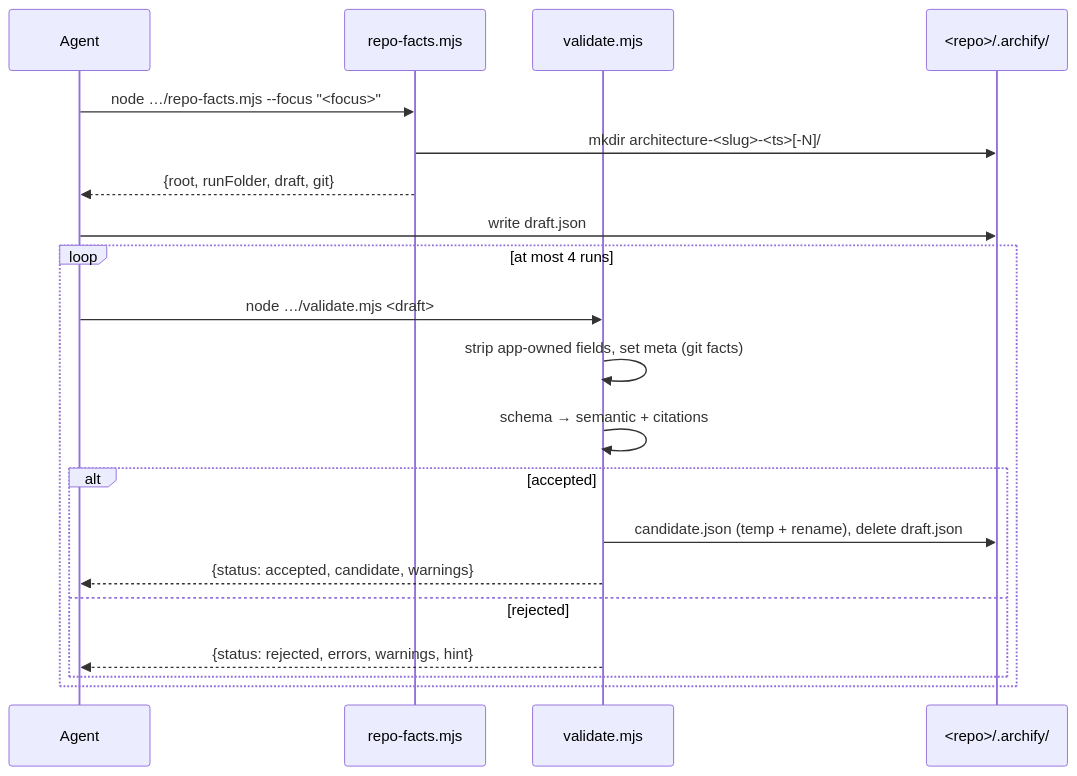
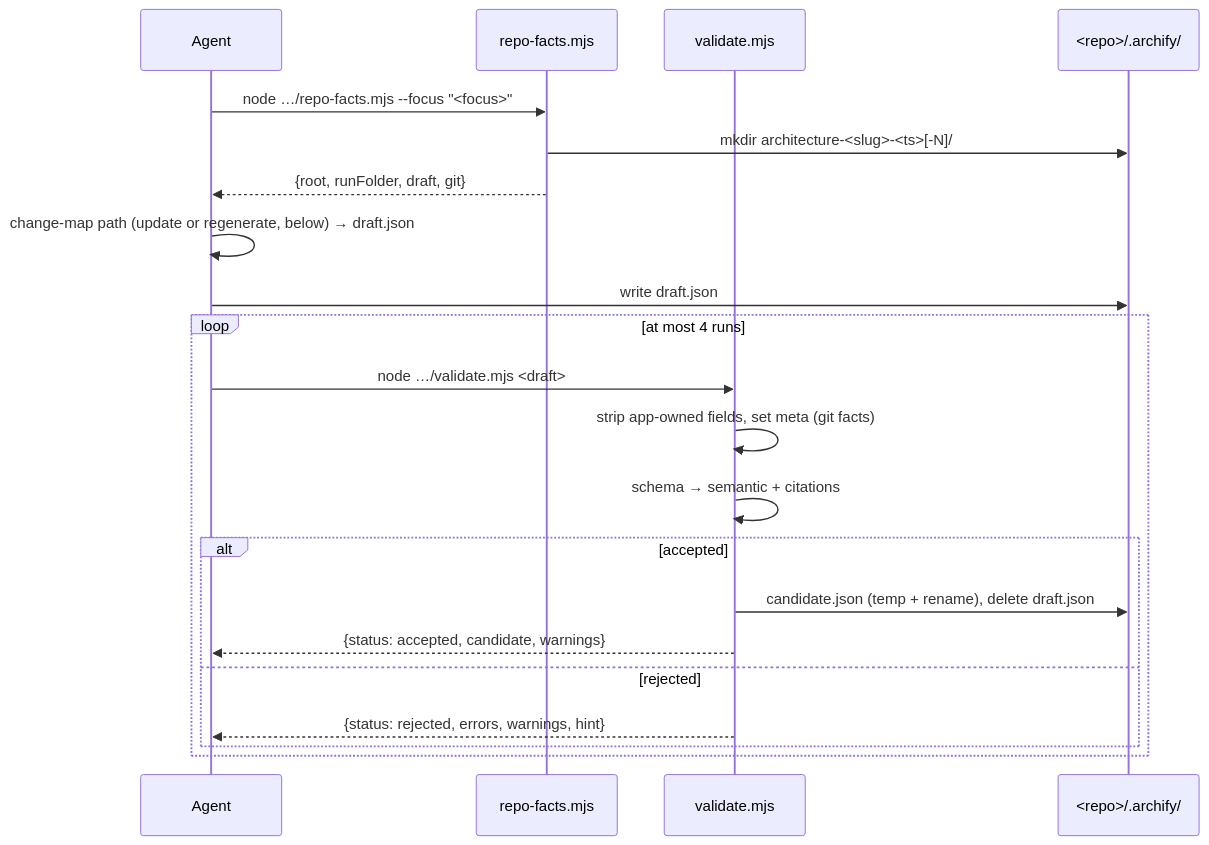
Before and after one commit to DennieDan/sustain: the second of 6 diagrams in docs/architecture.md, drawn with Mermaid. The commit also changed other lines of this file and 32 other files, not shown here.

````diff
--- a/docs/architecture.md
+++ b/docs/architecture.md
@@ -130,22 +142,23 @@
 ```mermaid
 sequenceDiagram
   participant A as Agent
   participant RF as repo-facts.mjs
   participant V as validate.mjs
   participant FS as <repo>/.archify/
   A->>RF: node …/repo-facts.mjs --focus "<focus>"
   RF->>FS: mkdir architecture-<slug>-<ts>[-N]/
   RF-->>A: {root, runFolder, draft, git}
+  A->>A: change-map path (update or regenerate, below) → draft.json
   A->>FS: write draft.json
   loop at most 4 runs
     A->>V: node …/validate.mjs <draft>
     V->>V: strip app-owned fields, set meta (git facts)
     V->>V: schema → semantic + citations
     alt accepted
       V->>FS: candidate.json (temp + rename), delete draft.json
       V-->>A: {status: accepted, candidate, warnings}
     else rejected
       V-->>A: {status: rejected, errors, warnings, hint}
     end
   end
 ```
````
